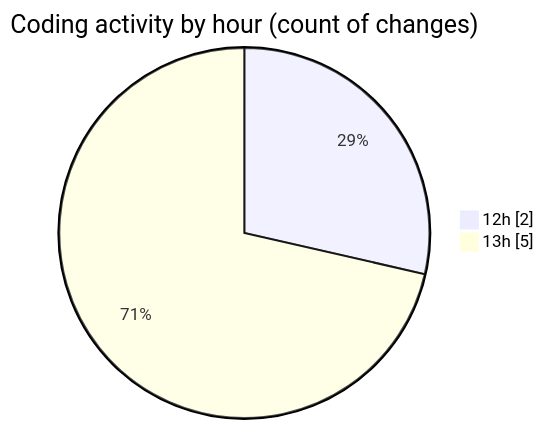
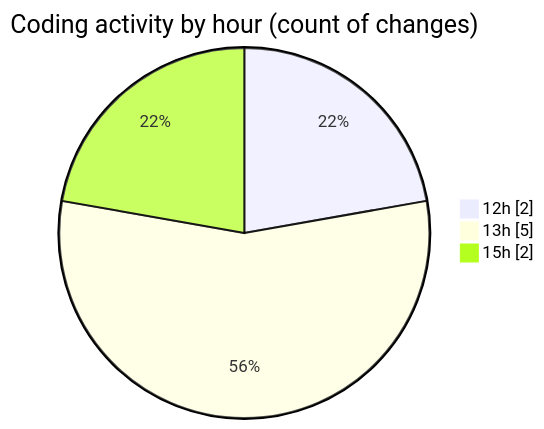
Before and after one commit to EIIisD/code-tracking: the second of 2 diagrams in 2025-07-12/fish/README.md, drawn with Mermaid. The commit also changed other lines of this file and 1 other file, not shown here.

````diff
--- a/2025-07-12/fish/README.md
+++ b/2025-07-12/fish/README.md
@@ -29,6 +30,7 @@
 ```mermaid
 pie showData
 title Coding activity by hour (count of changes)
 "12h" : 2
 "13h" : 5
+"15h" : 2
 ```
````
